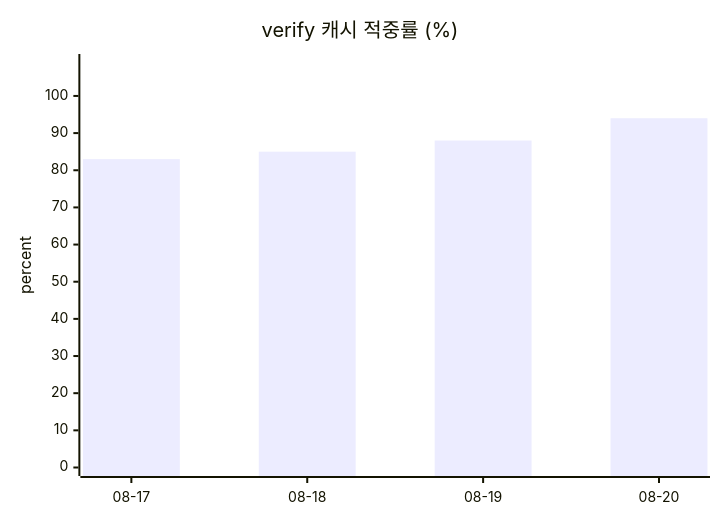
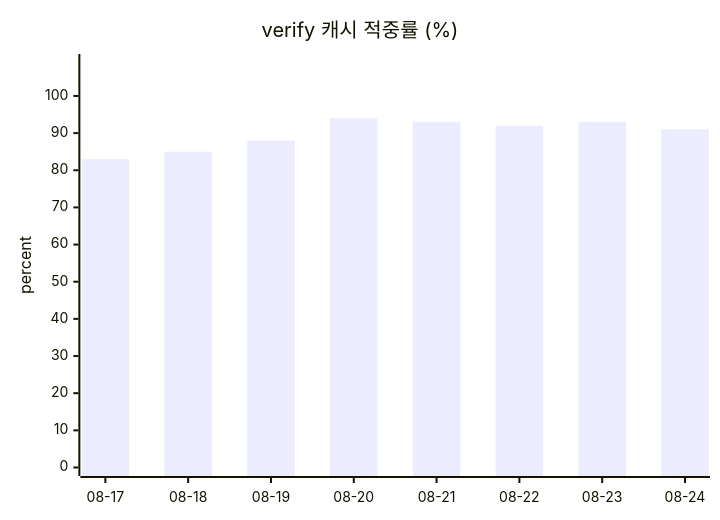
One commit to userri/PinQ-backend changed the second of 2 diagrams in docs/data/token-usage.md. Above: the diagram before and after it, drawn with Mermaid. The commit also changed other lines of this file and 4 other files, not shown here.

````diff
--- a/docs/data/token-usage.md
+++ b/docs/data/token-usage.md
@@ -58,7 +70,7 @@
 ```mermaid
 xychart-beta
     title "verify 캐시 적중률 (%)"
-    x-axis ["08-17", "08-18", "08-19", "08-20"]
+    x-axis ["08-17", "08-18", "08-19", "08-20", "08-21", "08-22", "08-23", "08-24"]
     y-axis "percent" 0 --> 109
-    bar [83, 85, 88, 94]
+    bar [83, 85, 88, 94, 93, 92, 93, 91]
 ```
````
